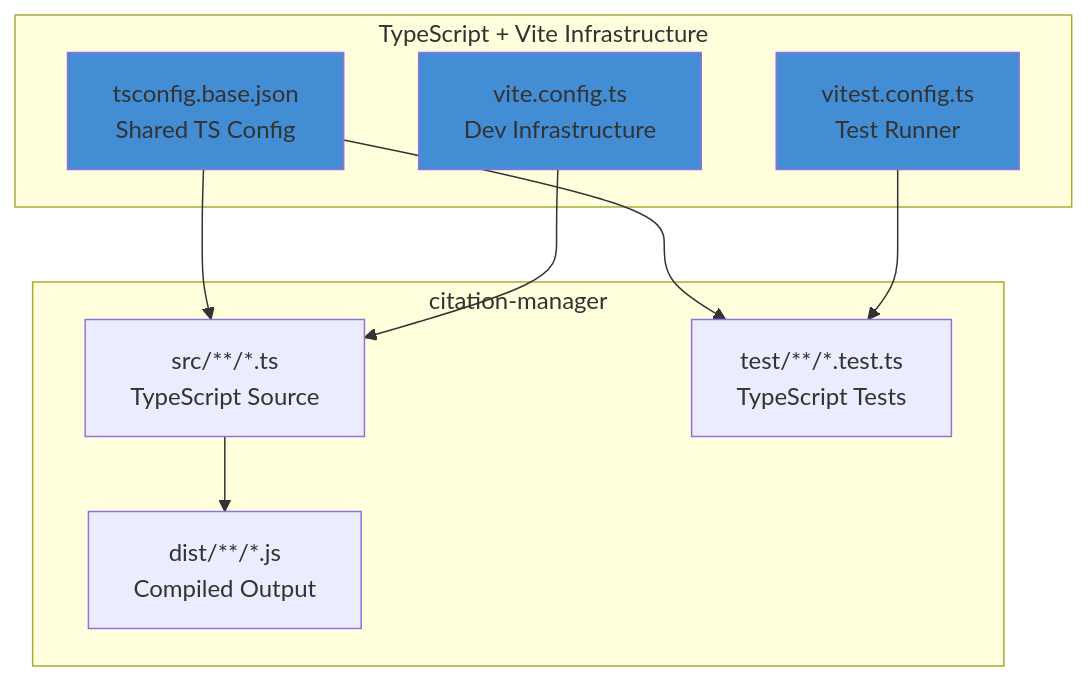
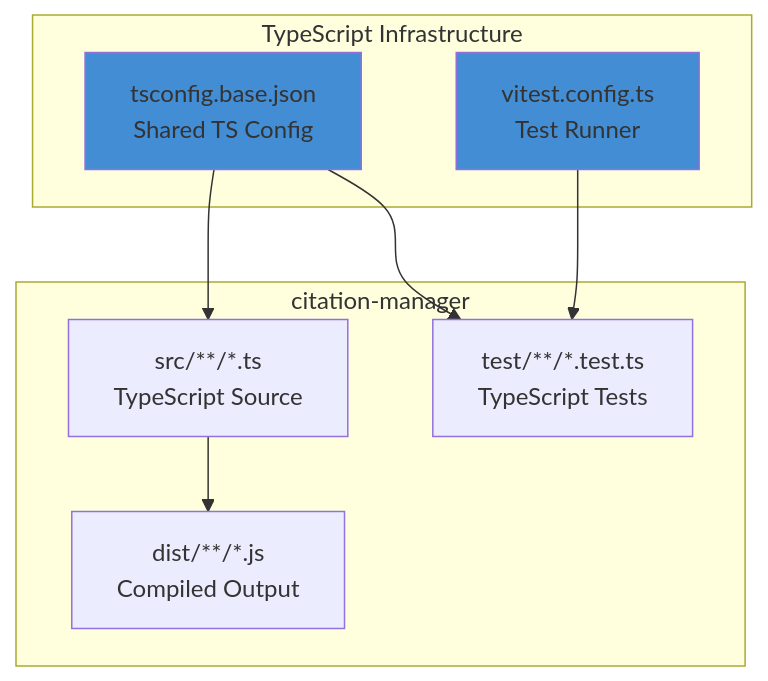
Before and after one commit to WesleyMFrederick/cc-workflows: the diagram in design-docs/features/20251112-typescript-vite-migration/typescript-vite-migration-prd.md, drawn with Mermaid. The commit also changed other lines of this file and 1 other file, not shown here.

````diff
--- a/design-docs/features/20251112-typescript-vite-migration/typescript-vite-migration-prd.md
+++ b/design-docs/features/20251112-typescript-vite-migration/typescript-vite-migration-prd.md
@@ -100,24 +101,21 @@
 ```mermaid
 graph TD
-    subgraph "TypeScript + Vite Infrastructure"
+    subgraph "TypeScript Infrastructure"
         tsconfig[tsconfig.base.json<br/>Shared TS Config]
-        vite[vite.config.ts<br/>Dev Infrastructure]
         vitest[vitest.config.ts<br/>Test Runner]
     end
 
     subgraph "citation-manager"
         src[src/**/*.ts<br/>TypeScript Source]
         tests[test/**/*.test.ts<br/>TypeScript Tests]
         dist[dist/**/*.js<br/>Compiled Output]
     end
 
     tsconfig --> src
     tsconfig --> tests
-    vite --> src
     vitest --> tests
     src --> dist
 
     style tsconfig fill:#438dd5
-    style vite fill:#438dd5
     style vitest fill:#438dd5
 ```
````
